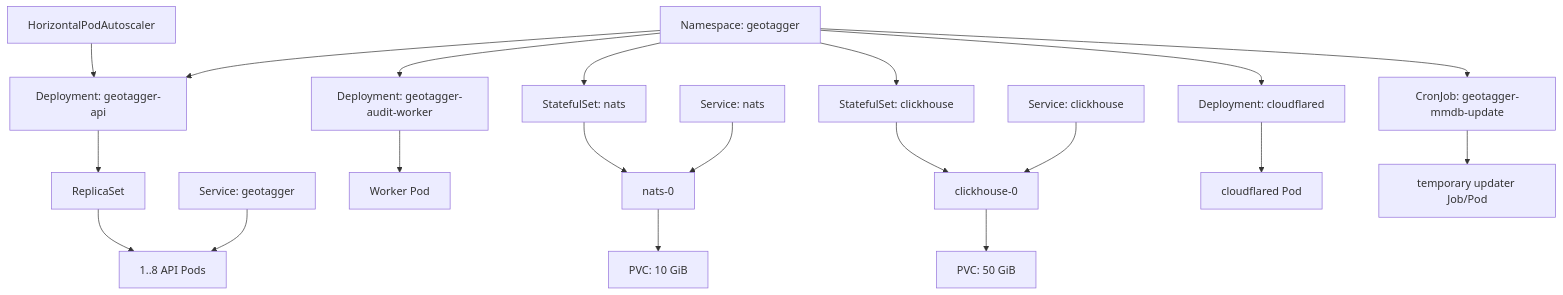
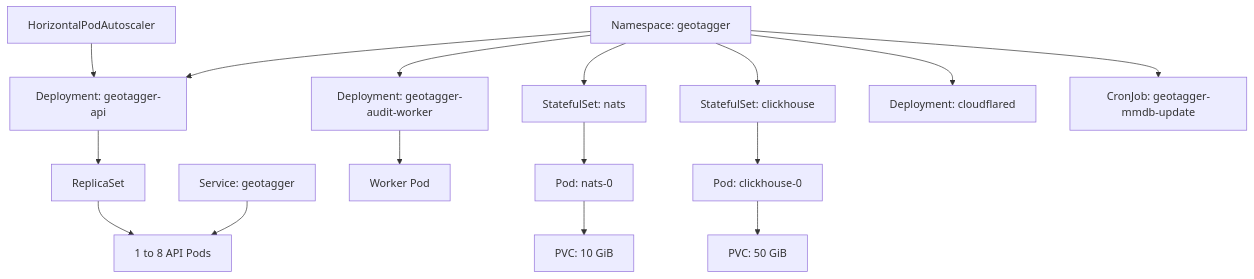
Before and after one commit to Jstarzz/geotagger: the ninth of 21 diagrams in docs/ARCHITECTURE.md, drawn with Mermaid. The commit also changed other lines of this file, not shown here.

Commit message:
docs: replace architecture diagrams with GitHub-safe Mermaid

````diff
--- a/docs/ARCHITECTURE.md
+++ b/docs/ARCHITECTURE.md
@@ -348,29 +217,22 @@
 ```mermaid
 flowchart TB
-    NS[Namespace: geotagger]
+    NS["Namespace: geotagger"] --> ADEP["Deployment: geotagger-api"]
+    ADEP --> ARS["ReplicaSet"]
+    ARS --> APODS["1 to 8 API Pods"]
+    HPA["HorizontalPodAutoscaler"] --> ADEP
+    ASVC["Service: geotagger"] --> APODS
 
-    NS --> ADEP[Deployment: geotagger-api]
-    ADEP --> ARS[ReplicaSet]
-    ARS --> APODS[1..8 API Pods]
-    HPA[HorizontalPodAutoscaler] --> ADEP
-    ASVC[Service: geotagger] --> APODS
+    NS --> WDEP["Deployment: geotagger-audit-worker"]
+    WDEP --> WPOD["Worker Pod"]
 
-    NS --> WDEP[Deployment: geotagger-audit-worker]
-    WDEP --> WPOD[Worker Pod]
+    NS --> NSET["StatefulSet: nats"]
+    NSET --> NPOD["Pod: nats-0"]
+    NPOD --> NPVC["PVC: 10 GiB"]
 
-    NS --> NSET[StatefulSet: nats]
-    NSET --> NPOD[nats-0]
-    NPOD --> NPVC[PVC: 10 GiB]
-    NSVC[Service: nats] --> NPOD
+    NS --> CSET["StatefulSet: clickhouse"]
+    CSET --> CPOD["Pod: clickhouse-0"]
+    CPOD --> CPVC["PVC: 50 GiB"]
 
-    NS --> CSET[StatefulSet: clickhouse]
-    CSET --> CPOD[clickhouse-0]
-    CPOD --> CPVC[PVC: 50 GiB]
-    CSVC[Service: clickhouse] --> CPOD
-
-    NS --> CFDEP[Deployment: cloudflared]
-    CFDEP --> CFPOD[cloudflared Pod]
-
-    NS --> CRON[CronJob: geotagger-mmdb-update]
-    CRON --> JOB[temporary updater Job/Pod]
+    NS --> CFDEP["Deployment: cloudflared"]
+    NS --> CRON["CronJob: geotagger-mmdb-update"]
 ```
````
